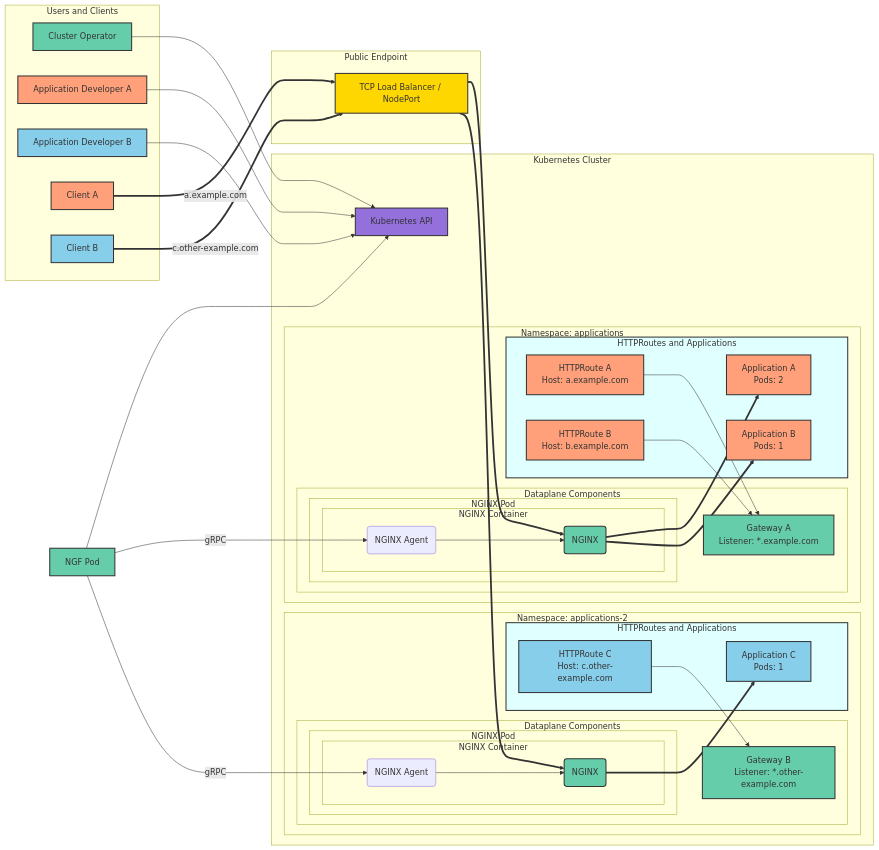
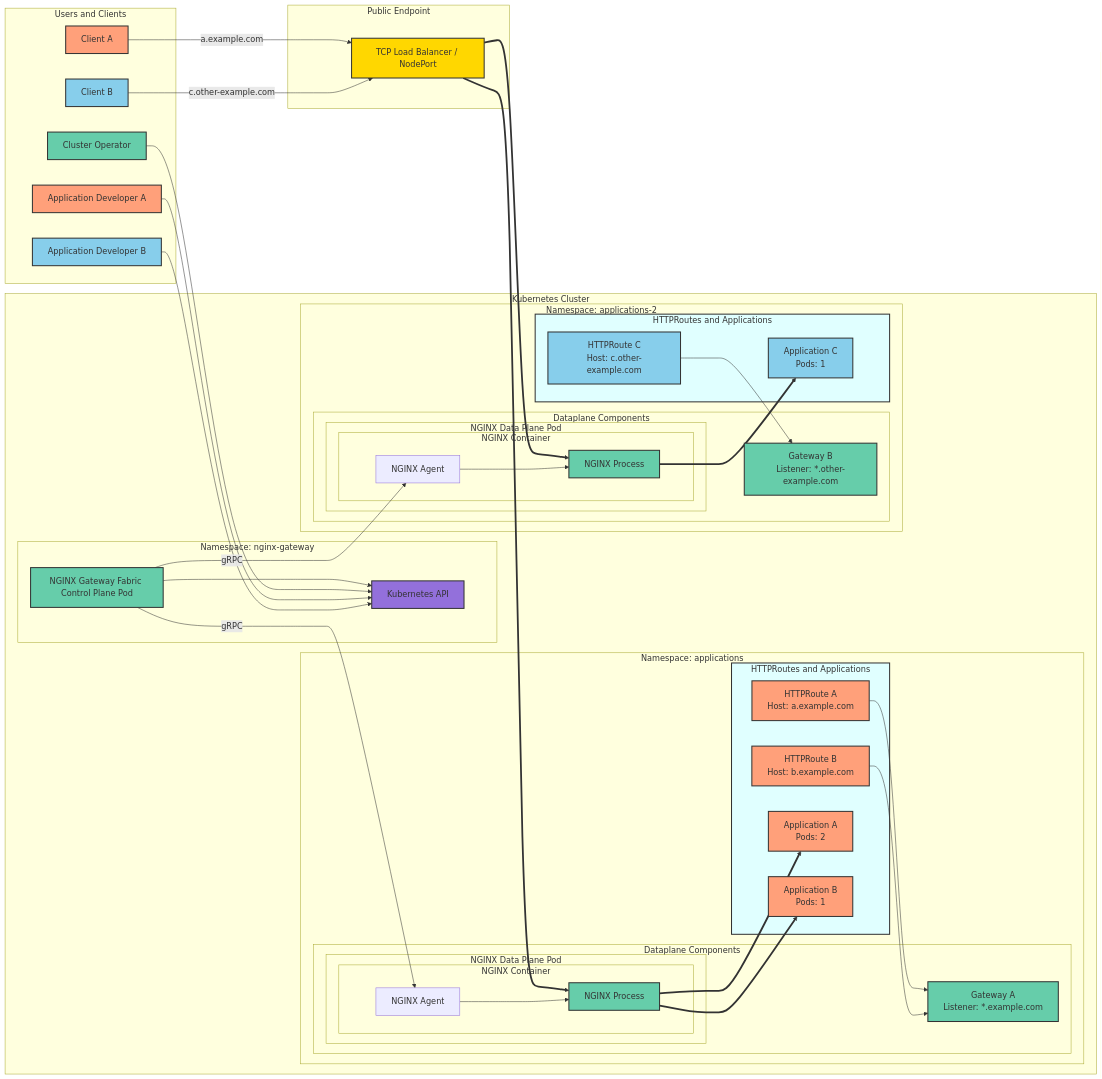
Before and after one commit to nginx/documentation: the first of 2 diagrams in content/ngf/overview/gateway-architecture.md, drawn with Mermaid. The commit also changed other lines of this file, not shown here.

Commit message:
update diagrams based on reviews

````diff
--- a/content/ngf/overview/gateway-architecture.md
+++ b/content/ngf/overview/gateway-architecture.md
@@ -58,76 +58,78 @@
 ```mermaid
 graph LR
     %% Nodes and Relationships
-    subgraph KubernetesCluster[Kubernetes Cluster]
-        subgraph ApplicationsNamespaceA[Namespace: applications]
-            subgraph DataplaneComponentsA[Dataplane Components]
-                GatewayA[Gateway A<br>Listener: *.example.com]
-                subgraph NGINXPodA[NGINX Pod]
-                    subgraph NGINXContainerA[NGINX Container]
-                        NGINXProcessA(NGINX)
-                        NGINXAgentA(NGINX Agent)
+    subgraph KubernetesCluster["Kubernetes Cluster"]
+        subgraph NamespaceNGF["Namespace: nginx-gateway"]
+            NGFControlPlanePod["NGINX Gateway Fabric Control Plane Pod"]
+            NGFControlPlanePod --> KubernetesAPI["Kubernetes API"]
+        end
+        subgraph ApplicationsNamespaceA["Namespace: applications"]
+            subgraph DataplaneComponentsA["Dataplane Components"]
+                GatewayA["Gateway A<br>Listener: *.example.com"]
+                subgraph NGINXDataPlanePodA["NGINX Data Plane Pod"]
+                    subgraph NGINXContainerA["NGINX Container"]
+                        NGINXProcessA["NGINX Process"]
+                        NGINXAgentA["NGINX Agent"]
                     end
                 end
             end
-            subgraph HTTPRouteAAndApplications[HTTPRoutes and Applications]
-                HTTPRouteA[HTTPRoute A\nHost: a.example.com]
-                HTTPRouteB[HTTPRoute B\nHost: b.example.com]
-                ApplicationA[Application A<br>Pods: 2]
-                ApplicationB[Application B<br>Pods: 1]
+            subgraph HTTPRouteAAndApplications["HTTPRoutes and Applications"]
+                HTTPRouteA["HTTPRoute A<br>Host: a.example.com"]
+                HTTPRouteB["HTTPRoute B<br>Host: b.example.com"]
+                ApplicationA["Application A<br>Pods: 2"]
+                ApplicationB["Application B<br>Pods: 1"]
             end
         end
-        subgraph ApplicationsNamespaceB[Namespace: applications-2]
-            subgraph DataplaneComponentsB[Dataplane Components]
-                GatewayB[Gateway B<br>Listener: *.other-example.com]
-                subgraph NGINXPodB[NGINX Pod]
-                    subgraph NGINXContainerB[NGINX Container]
-                        NGINXProcessB(NGINX)
-                        NGINXAgentB(NGINX Agent)
+        subgraph ApplicationsNamespaceB["Namespace: applications-2"]
+            subgraph DataplaneComponentsB["Dataplane Components"]
+                GatewayB["Gateway B<br>Listener: *.other-example.com"]
+                subgraph NGINXDataPlanePodB["NGINX Data Plane Pod"]
+                    subgraph NGINXContainerB["NGINX Container"]
+                        NGINXProcessB["NGINX Process"]
+                        NGINXAgentB["NGINX Agent"]
                     end
                 end
             end
-            subgraph HTTPRouteBandApplications[HTTPRoutes and Applications]
-                HTTPRouteC[HTTPRoute C\nHost: c.other-example.com]
-                ApplicationC[Application C<br>Pods: 1]
+            subgraph HTTPRouteBandApplications["HTTPRoutes and Applications"]
+                HTTPRouteC["HTTPRoute C<br>Host: c.other-example.com"]
+                ApplicationC["Application C<br>Pods: 1"]
             end
         end
-        KubernetesAPI[Kubernetes API]
     end
-    subgraph UsersAndClients[Users and Clients]
-        UserOperator[Cluster Operator]
-        UserDevA[Application Developer A]
-        UserDevB[Application Developer B]
-        ClientA[Client A]
-        ClientB[Client B]
+    subgraph UsersAndClients["Users and Clients"]
+        UserOperator["Cluster Operator"]
+        UserDevA["Application Developer A"]
+        UserDevB["Application Developer B"]
+        ClientA["Client A"]
+        ClientB["Client B"]
     end
-    subgraph SharedInfrastructure[Public Endpoint]
-        PublicEndpoint[TCP Load Balancer / NodePort]
+    subgraph SharedInfrastructure["Public Endpoint"]
+        PublicEndpoint["TCP Load Balancer / NodePort"]
     end
     %% Updated Traffic Flow
-    ClientA == a.example.com ==> PublicEndpoint
-    ClientB == c.other-example.com ==> PublicEndpoint
-    PublicEndpoint ==> NGINXProcessA
-    PublicEndpoint ==> NGINXProcessB
-    NGINXProcessA ==> ApplicationA
-    NGINXProcessA ==> ApplicationB
-    NGINXProcessB ==> ApplicationC
+    ClientA-->|a.example.com|PublicEndpoint
+    ClientB-->|c.other-example.com|PublicEndpoint
+    PublicEndpoint==>NGINXProcessA
+    PublicEndpoint==>NGINXProcessB
+    NGINXProcessA==>ApplicationA
+    NGINXProcessA==>ApplicationB
+    NGINXProcessB==>ApplicationC
     %% Kubernetes Configuration Flow
-    HTTPRouteA --> GatewayA
-    HTTPRouteB --> GatewayA
-    HTTPRouteC --> GatewayB
-    UserOperator --> KubernetesAPI
-    NGFPod[NGF Pod] --> KubernetesAPI
-    NGFPod --gRPC--> NGINXAgentA
-    NGFPod --gRPC--> NGINXAgentB
-    NGINXAgentA --> NGINXProcessA
-    NGINXAgentB --> NGINXProcessB
-    UserDevA --> KubernetesAPI
-    UserDevB --> KubernetesAPI
+    HTTPRouteA-->GatewayA
+    HTTPRouteB-->GatewayA
+    HTTPRouteC-->GatewayB
+    UserOperator-->KubernetesAPI
+    NGFControlPlanePod--gRPC-->NGINXAgentA
+    NGFControlPlanePod--gRPC-->NGINXAgentB
+    NGINXAgentA-->NGINXProcessA
+    NGINXAgentB-->NGINXProcessB
+    UserDevA-->KubernetesAPI
+    UserDevB-->KubernetesAPI
     %% Styling
     style UserOperator fill:#66CDAA,stroke:#333,stroke-width:2px
     style GatewayA fill:#66CDAA,stroke:#333,stroke-width:2px
     style GatewayB fill:#66CDAA,stroke:#333,stroke-width:2px
-    style NGFPod fill:#66CDAA,stroke:#333,stroke-width:2px
+    style NGFControlPlanePod fill:#66CDAA,stroke:#333,stroke-width:2px
     style NGINXProcessA fill:#66CDAA,stroke:#333,stroke-width:2px
     style NGINXProcessB fill:#66CDAA,stroke:#333,stroke-width:2px
     style KubernetesAPI fill:#9370DB,stroke:#333,stroke-width:2px
````
